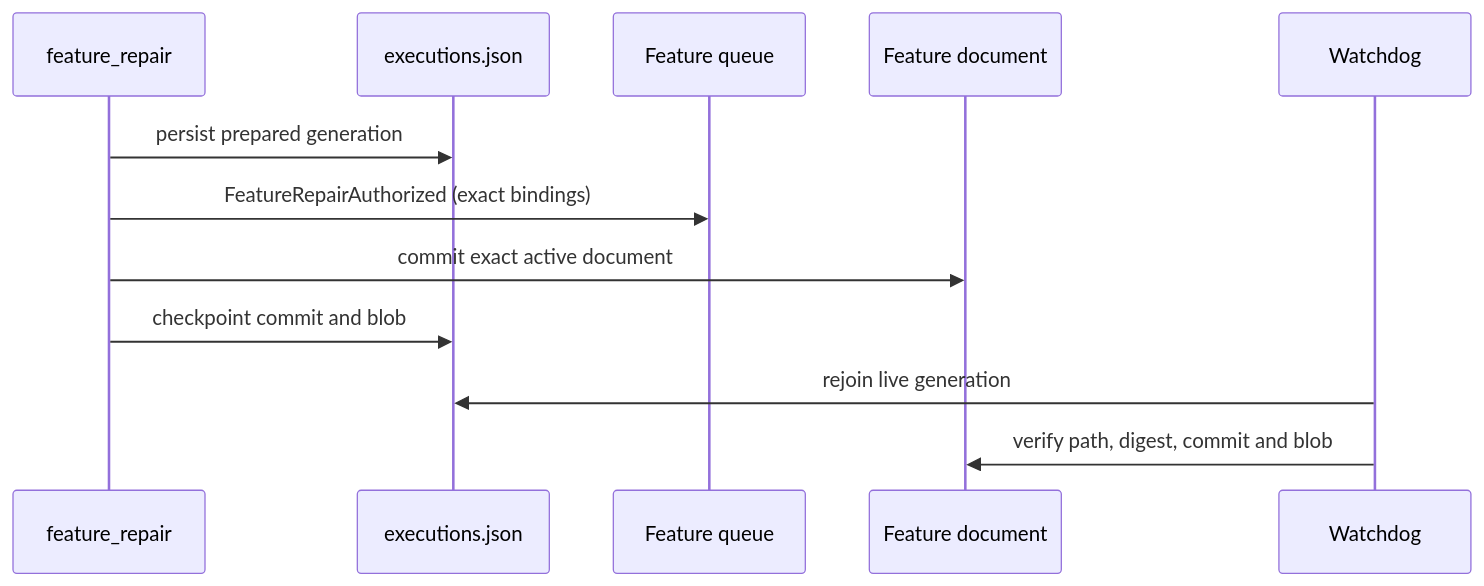
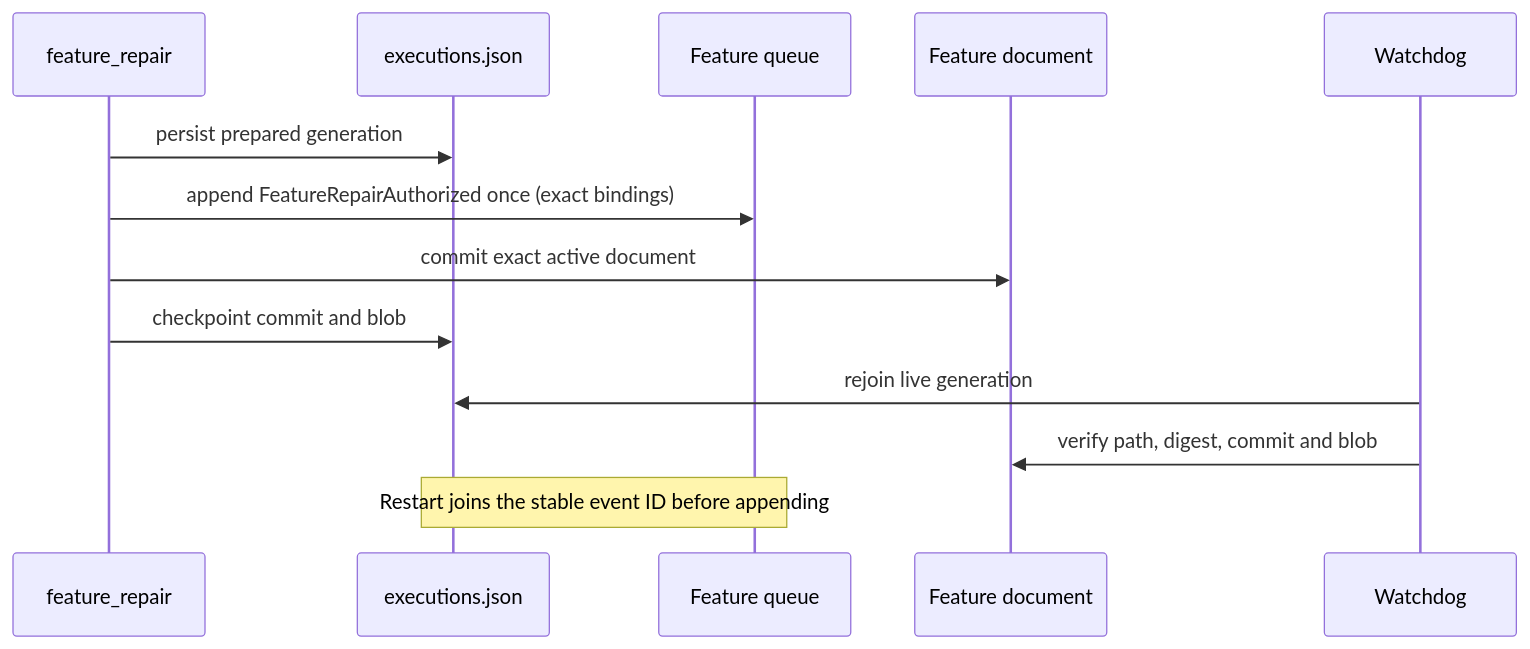
Before and after one commit to vincentc-b/CascadeCode: the third of 4 diagrams in cascade/feature/DESIGN.md, drawn with Mermaid. The commit also changed other lines of this file and 18 other files, not shown here.

First line of the commit message:
task/task_047_002_004: Prove repair replay and reconcile integrated architecture views

````diff
--- a/cascade/feature/DESIGN.md
+++ b/cascade/feature/DESIGN.md
@@ -68,14 +69,15 @@
 ```mermaid
 sequenceDiagram
     participant Feature as feature_repair
     participant Ledger as executions.json
     participant Queue as Feature queue
     participant Board as Feature document
     participant Watchdog
     Feature->>Ledger: persist prepared generation
-    Feature->>Queue: FeatureRepairAuthorized (exact bindings)
+    Feature->>Queue: append FeatureRepairAuthorized once (exact bindings)
     Feature->>Board: commit exact active document
     Feature->>Ledger: checkpoint commit and blob
     Watchdog->>Ledger: rejoin live generation
     Watchdog->>Board: verify path, digest, commit and blob
+    Note over Ledger,Queue: Restart joins the stable event ID before appending
 ```
````
